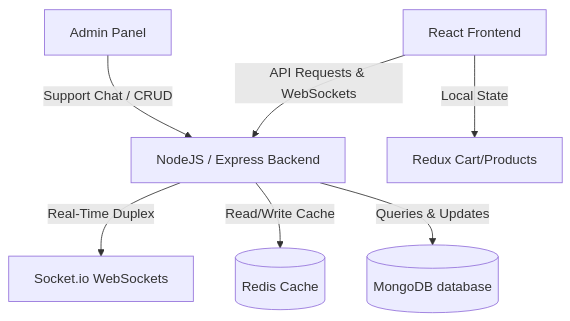
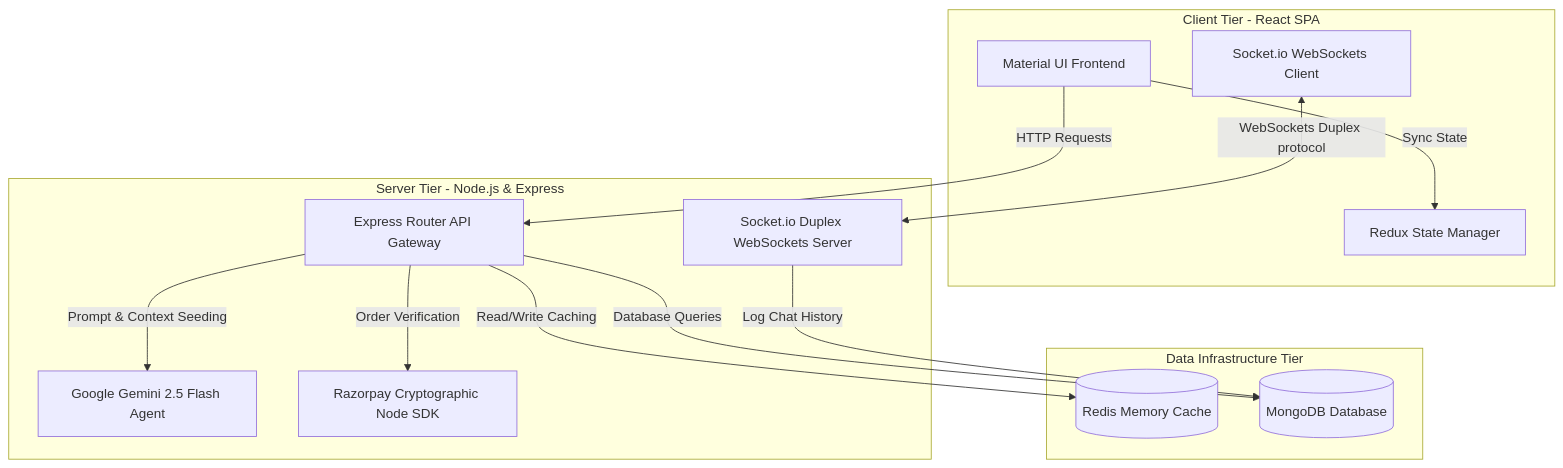
The first of 2 diagrams in README.md (HarshitMangal/Flipcart-Clone), drawn with Mermaid before and after one commit. The commit also changed other lines of this file, not shown here.

Commit message:
docs: Add advanced system architecture flowcharts, sequence diagrams, and deep-dive backend technical specifications

````diff
--- a/README.md
+++ b/README.md
@@ -44,9 +45,34 @@
 ```mermaid
-graph TD
-    Client[React Frontend] -->|API Requests & WebSockets| Server[NodeJS / Express Backend]
-    Client -->|Local State| Redux[Redux Cart/Products]
-    Server -->|Real-Time Duplex| Sockets[Socket.io WebSockets]
-    Server -->|Read/Write Cache| Redis[(Redis Cache)]
-    Server -->|Queries & Updates| DB[(MongoDB database)]
-    Admin[Admin Panel] -->|Support Chat / CRUD| Server
+graph TB
+    subgraph Client Tier [Client Tier - React SPA]
+        UI[Material UI Frontend]
+        State[Redux State Manager]
+        WS_Client[Socket.io WebSockets Client]
+    end
+
+    subgraph API Gateway / Server Tier [Server Tier - Node.js & Express]
+        API[Express Router API Gateway]
+        SocketServer[Socket.io Duplex WebSockets Server]
+        Gemini[Google Gemini 2.5 Flash Agent]
+        Razorpay[Razorpay Cryptographic Node SDK]
+    end
+
+    subgraph Storage & Performance [Data Infrastructure Tier]
+        RedisDb[(Redis Memory Cache)]
+        MongoDb[(MongoDB Database)]
+    end
+
+    %% Client Interactions
+    UI -->|HTTP Requests| API
+    UI -->|Sync State| State
+    WS_Client <-->|WebSockets Duplex protocol| SocketServer
+
+    %% Server Logic
+    API -->|Read/Write Caching| RedisDb
+    API -->|Database Queries| MongoDb
+    API -->|Prompt & Context Seeding| Gemini
+    API -->|Order Verification| Razorpay
+    
+    %% Socket IO
+    SocketServer -->|Log Chat History| MongoDb
 ```
````
